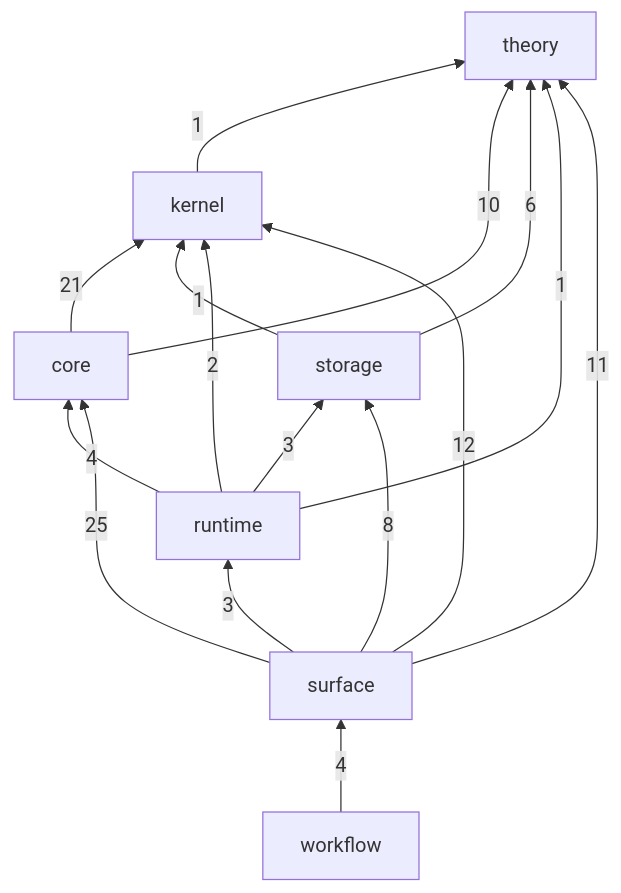
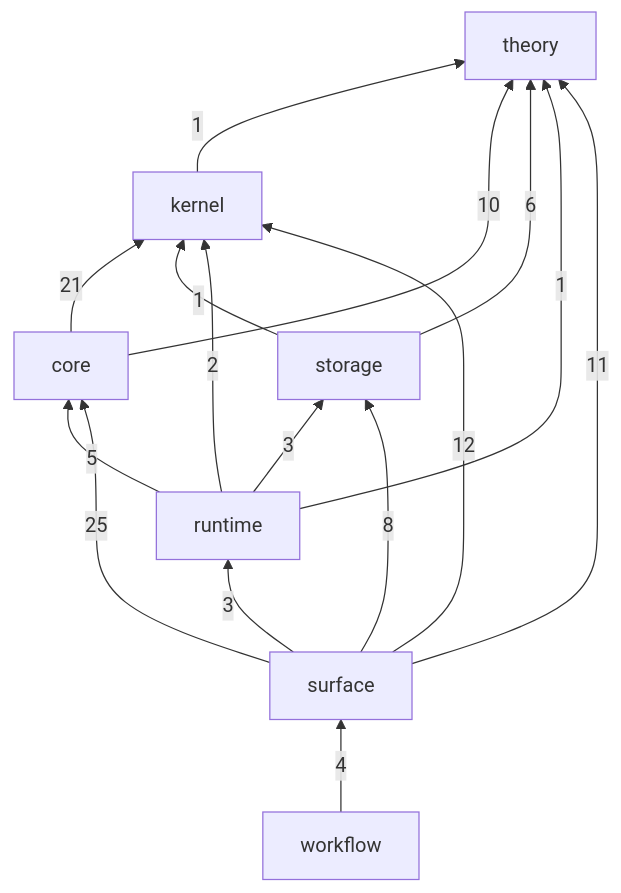
Before and after one commit to gandr-lang/gandr: the first of 2 diagrams in crates/README.md, drawn with Mermaid. The commit also changed 20 other files, not shown here.

````diff
--- a/crates/README.md
+++ b/crates/README.md
@@ -28,25 +28,25 @@
 ```mermaid
 flowchart BT
   theory
   kernel
   core
   storage
   runtime
   surface
   workflow
   kernel -->|1| theory
   core -->|10| theory
   core -->|21| kernel
   storage -->|6| theory
   storage -->|1| kernel
   runtime -->|1| theory
   runtime -->|2| kernel
-  runtime -->|4| core
+  runtime -->|5| core
   runtime -->|3| storage
   surface -->|11| theory
   surface -->|12| kernel
   surface -->|25| core
   surface -->|8| storage
   surface -->|3| runtime
   workflow -->|4| surface
 ```
````
